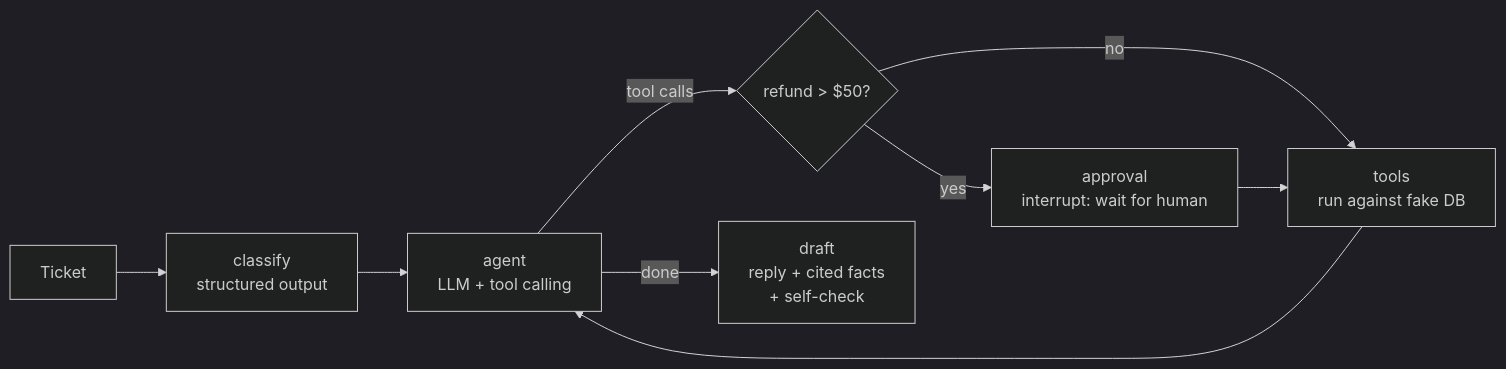
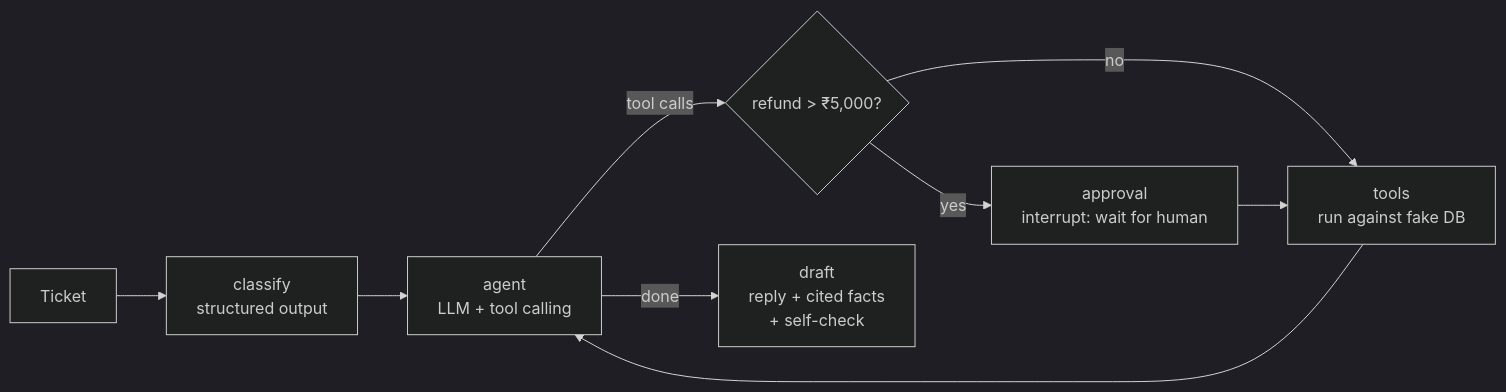
The diagram in README.md (japanbhavsar25/ticket-triage-agent), drawn with Mermaid (dark theme) before and after one commit. The commit also changed other lines of this file and 11 other files, not shown here.

````diff
--- a/README.md
+++ b/README.md
@@ -42,11 +21,11 @@
 ```mermaid
 flowchart LR
     T[Ticket] --> C[classify<br/>structured output]
     C --> A[agent<br/>LLM + tool calling]
-    A -- tool calls --> R{refund > $50?}
+    A -- tool calls --> R{refund > ₹5,000?}
     R -- no --> X[tools<br/>run against fake DB]
     R -- yes --> H[approval<br/>interrupt: wait for human]
     H --> X
     X --> A
     A -- done --> D[draft<br/>reply + cited facts<br/>+ self-check]
 ```
````
